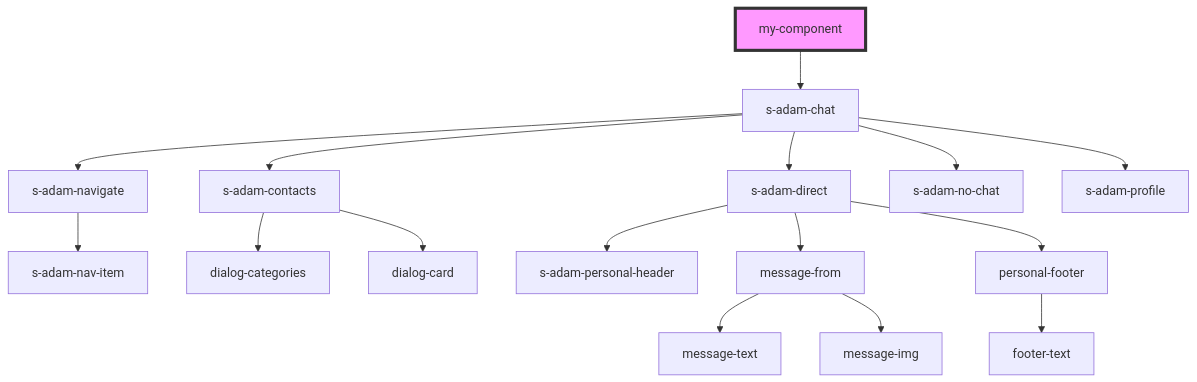
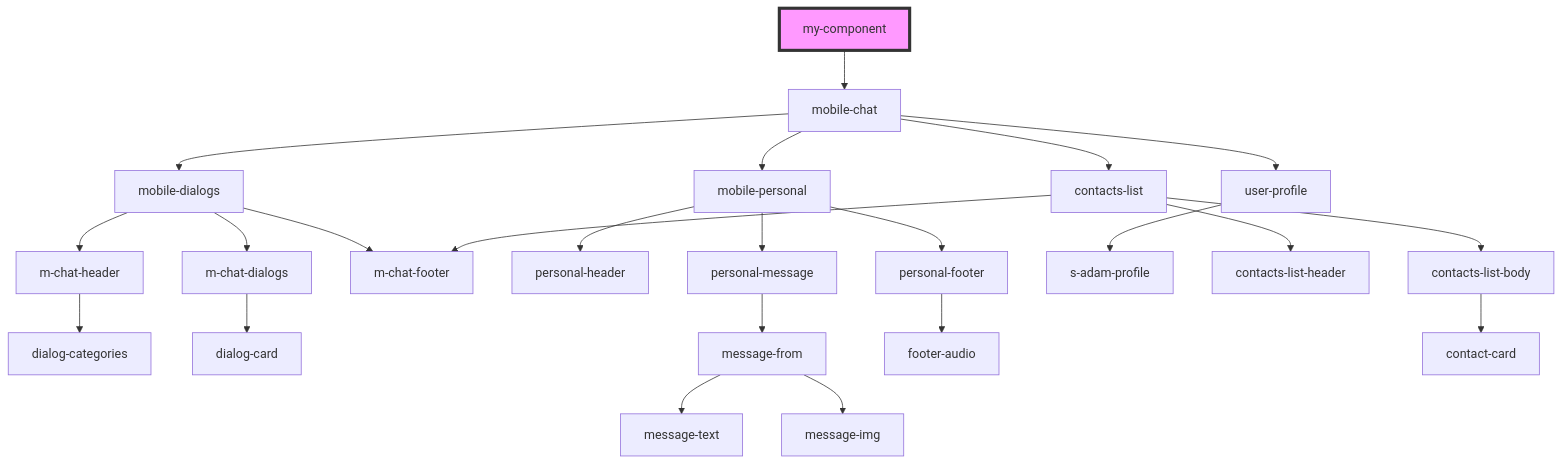
Before and after one commit to saqhan/stencil-chat: the diagram in src/components/my-component/readme.md, drawn with Mermaid. The commit also changed other lines of this file and 27 other files, not shown here.

````diff
--- a/src/components/my-component/readme.md
+++ b/src/components/my-component/readme.md
@@ -13,19 +13,26 @@
 ```mermaid
 graph TD;
-  my-component --> s-adam-chat
-  s-adam-chat --> s-adam-navigate
-  s-adam-chat --> s-adam-contacts
-  s-adam-chat --> s-adam-direct
-  s-adam-chat --> s-adam-no-chat
-  s-adam-chat --> s-adam-profile
-  s-adam-navigate --> s-adam-nav-item
-  s-adam-contacts --> dialog-categories
-  s-adam-contacts --> dialog-card
-  s-adam-direct --> s-adam-personal-header
-  s-adam-direct --> message-from
-  s-adam-direct --> personal-footer
+  my-component --> mobile-chat
+  mobile-chat --> mobile-dialogs
+  mobile-chat --> mobile-personal
+  mobile-chat --> user-profile
+  mobile-chat --> contacts-list
+  mobile-dialogs --> m-chat-header
+  mobile-dialogs --> m-chat-dialogs
+  mobile-dialogs --> m-chat-footer
+  m-chat-header --> dialog-categories
+  m-chat-dialogs --> dialog-card
+  mobile-personal --> personal-header
+  mobile-personal --> personal-message
+  mobile-personal --> personal-footer
+  personal-message --> message-from
   message-from --> message-text
   message-from --> message-img
-  personal-footer --> footer-text
+  personal-footer --> footer-audio
+  user-profile --> s-adam-profile
+  contacts-list --> contacts-list-header
+  contacts-list --> contacts-list-body
+  contacts-list --> m-chat-footer
+  contacts-list-body --> contact-card
   style my-component fill:#f9f,stroke:#333,stroke-width:4px
 ```
````
